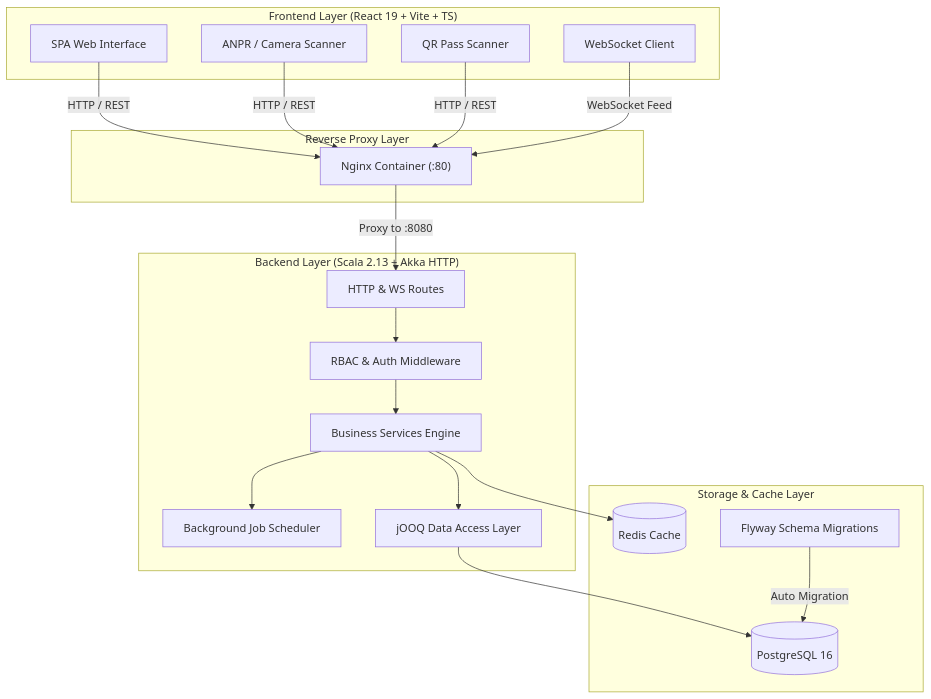
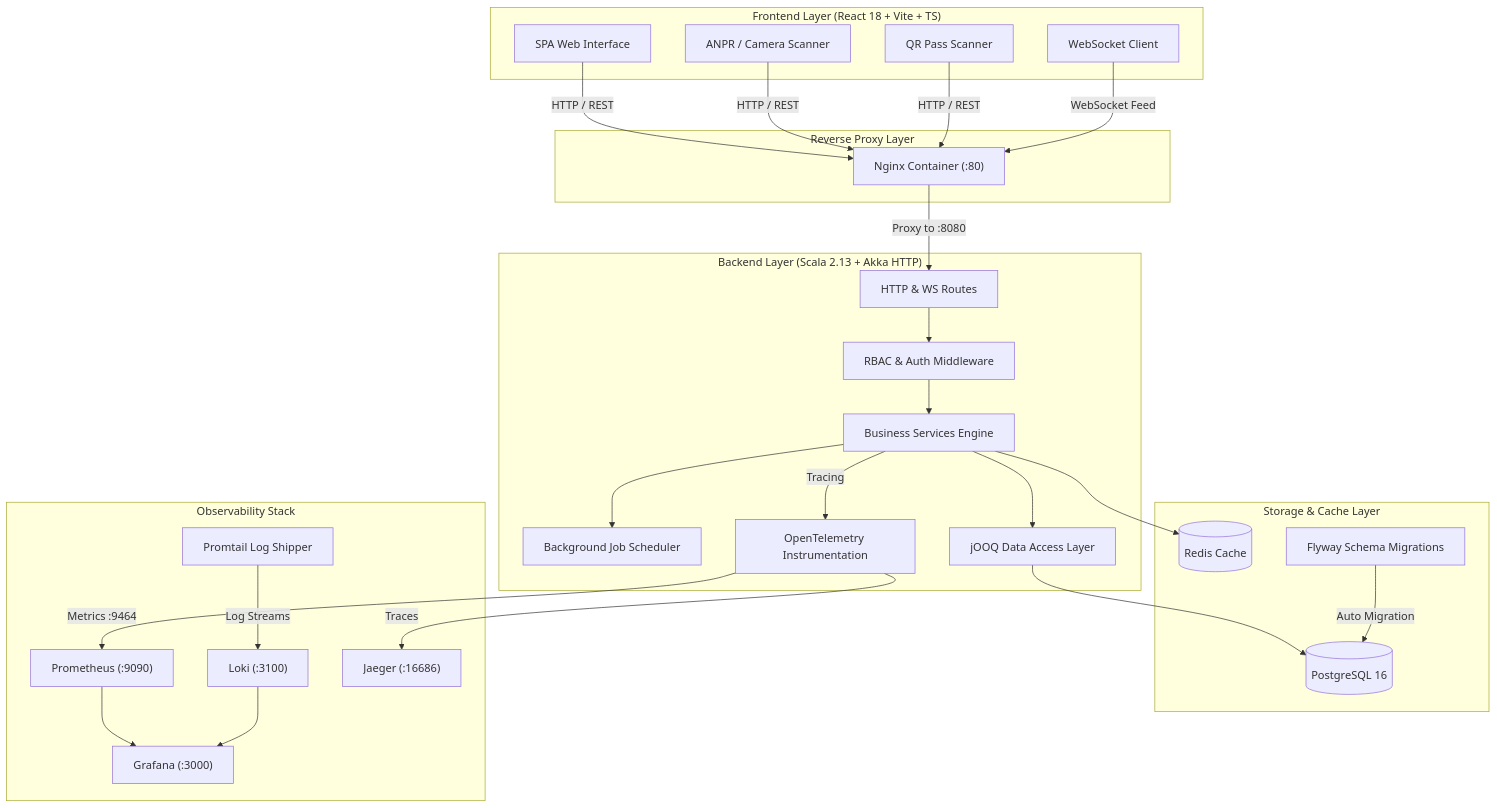
The diagram in README.md (Dharanish-AM/MetropolisParking), drawn with Mermaid before and after one commit. The commit also changed other lines of this file, not shown here.

Commit message:
docs: update README to reflect full stack (React 18, observability, ~80% coverage, k6 benchmarks)

````diff
--- a/README.md
+++ b/README.md
@@ -190,40 +195,55 @@
 ```mermaid
 flowchart TD
-    subgraph Clients["Frontend Layer (React 19 + Vite + TS)"]
+    subgraph Clients["Frontend Layer (React 18 + Vite + TS)"]
         UI["SPA Web Interface"]
         OCR["ANPR / Camera Scanner"]
         QRScanner["QR Pass Scanner"]
         WSClient["WebSocket Client"]
     end
 
     subgraph Proxy["Reverse Proxy Layer"]
         NGINX["Nginx Container (:80)"]
     end
 
     subgraph Backend["Backend Layer (Scala 2.13 + Akka HTTP)"]
         Routes["HTTP & WS Routes"]
         Rbac["RBAC & Auth Middleware"]
         Services["Business Services Engine"]
         Scheduler["Background Job Scheduler"]
         Jooq["jOOQ Data Access Layer"]
+        OTel["OpenTelemetry Instrumentation"]
     end
 
     subgraph Data["Storage & Cache Layer"]
         PG[(PostgreSQL 16)]
         Redis[(Redis Cache)]
         Flyway["Flyway Schema Migrations"]
+    end
+
+    subgraph Observability["Observability Stack"]
+        Prometheus["Prometheus (:9090)"]
+        Grafana["Grafana (:3000)"]
+        Loki["Loki (:3100)"]
+        Promtail["Promtail Log Shipper"]
+        Jaeger["Jaeger (:16686)"]
     end
 
     UI -->|HTTP / REST| NGINX
     OCR -->|HTTP / REST| NGINX
     QRScanner -->|HTTP / REST| NGINX
     WSClient -->|WebSocket Feed| NGINX
     NGINX -->|Proxy to :8080| Routes
     Routes --> Rbac
     Rbac --> Services
     Services --> Scheduler
     Services --> Jooq
     Services --> Redis
     Jooq --> PG
     Flyway -->|Auto Migration| PG
+    Services -->|Tracing| OTel
+    OTel -->|Metrics :9464| Prometheus
+    Prometheus --> Grafana
+    Promtail -->|Log Streams| Loki
+    Loki --> Grafana
+    OTel -->|Traces| Jaeger
 ```
````
